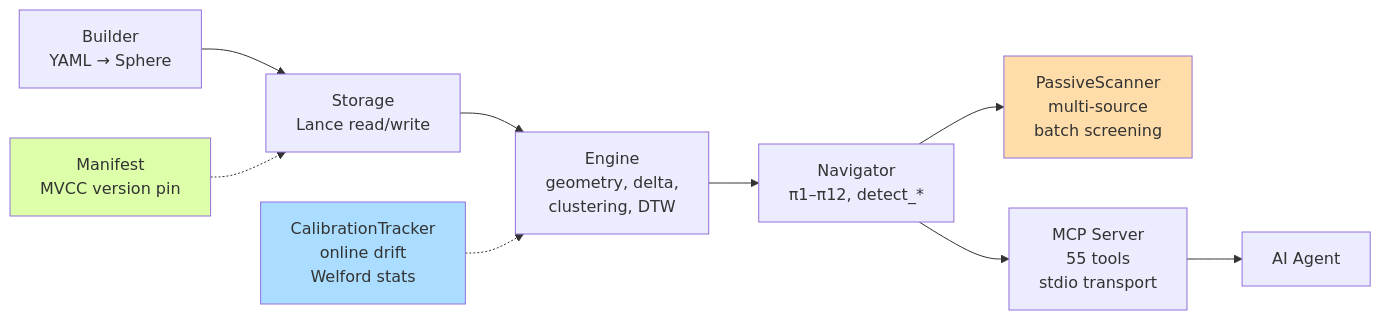
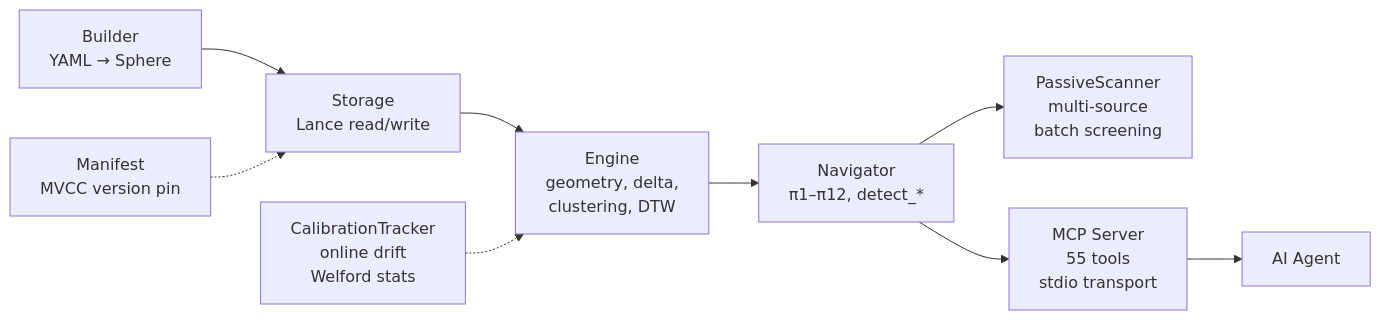
The fifth of 6 diagrams in docs/architecture.md (hypertopos/hypertopos-py), drawn with Mermaid before and after one commit. The commit also changed 3 other files, not shown here.

````diff
--- a/docs/architecture.md
+++ b/docs/architecture.md
@@ -168,14 +168,11 @@
 ```mermaid
 graph LR
     B["Builder\nYAML → Sphere"] --> ST["Storage\nLance read/write"]
     ST --> E["Engine\ngeometry, delta,\nclustering, DTW"]
     E --> N["Navigator\nπ1–π12, detect_*"]
     N --> PS["PassiveScanner\nmulti-source\nbatch screening"]
     N --> MCP["MCP Server\n55 tools\nstdio transport"]
     MCP --> Agent["AI Agent"]
     CT["CalibrationTracker\nonline drift\nWelford stats"] -.-> E
     M["Manifest\nMVCC version pin"] -.-> ST
-    style PS fill:#fda
-    style CT fill:#adf
-    style M fill:#dfa
 ```
````
